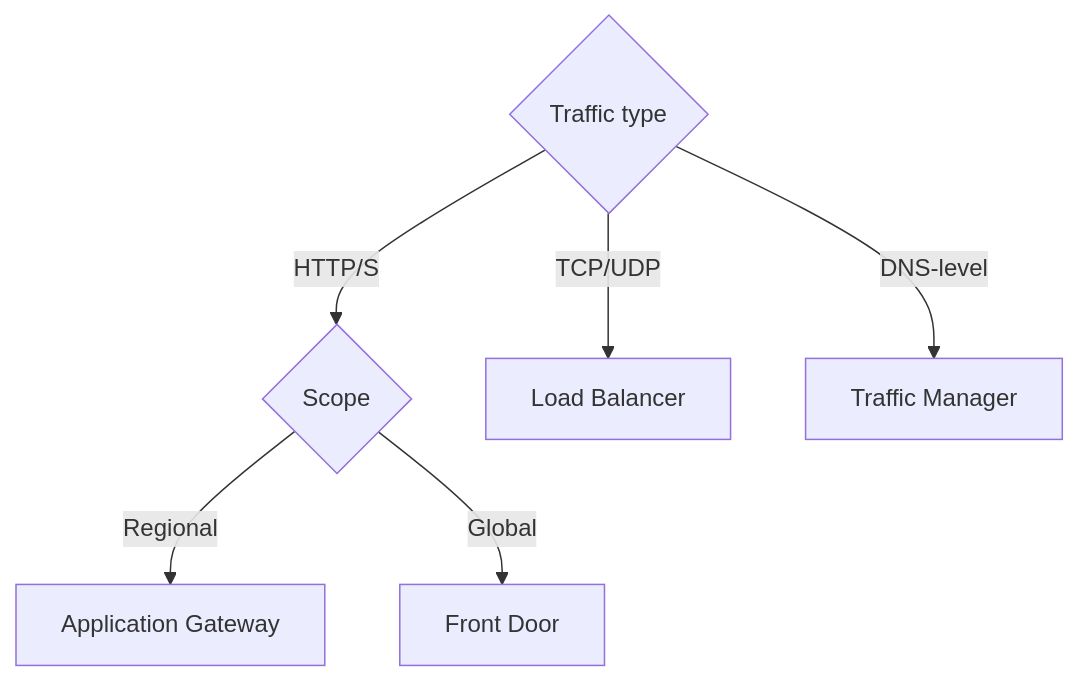
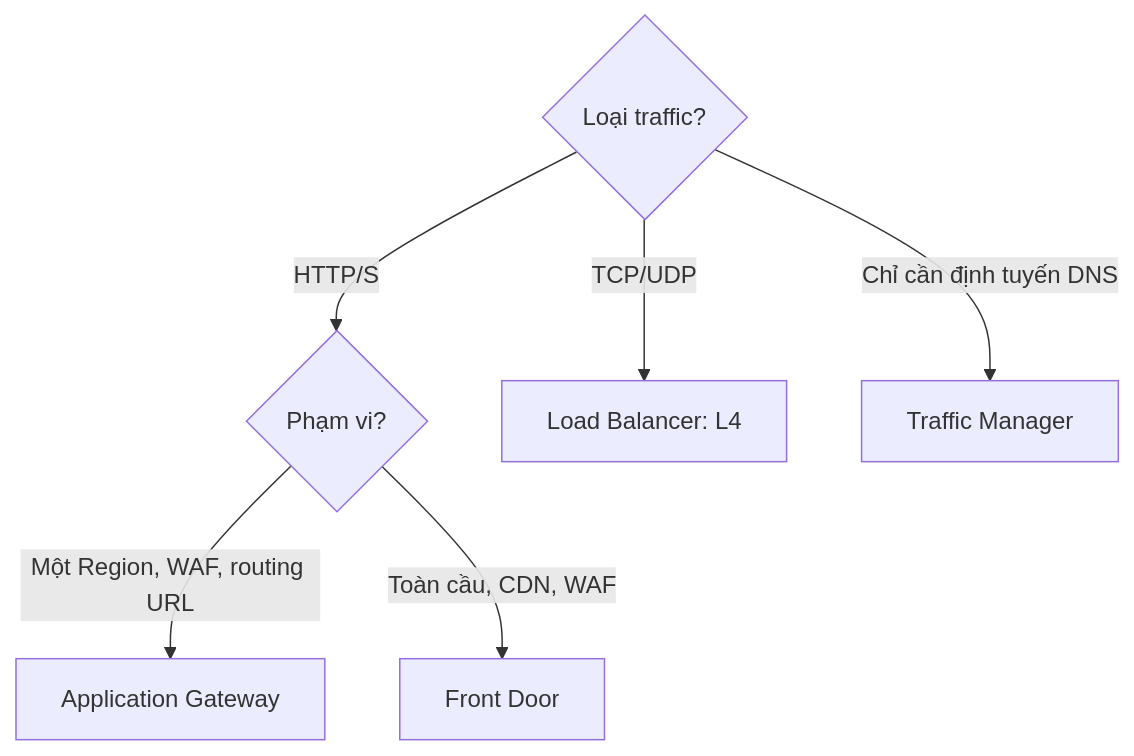
The diagram in src/assets/knowledge/playbooks/azure/azure-networking-load-balancing.md (passion-Infinity/personal-tech-playbook), drawn with Mermaid before and after one commit. The commit also changed other lines of this file and 6 other files, not shown here.

First line of the commit message:
Deep-dive rewrite: Azure core architecture, Entra ID/RBAC, VMs, Storage, Networking

````diff
--- a/src/assets/knowledge/playbooks/azure/azure-networking-load-balancing.md
+++ b/src/assets/knowledge/playbooks/azure/azure-networking-load-balancing.md
@@ -20,8 +34,8 @@
 ```mermaid
 flowchart TD
-    Q{Traffic type} -->|HTTP/S| H{Scope}
-    Q -->|TCP/UDP| LB[Load Balancer]
-    H -->|Regional| AG[Application Gateway]
-    H -->|Global| FD[Front Door]
-    Q -->|DNS-level| TM[Traffic Manager]
+    Q{Loại traffic?} -->|"HTTP/S"| S{Phạm vi?}
+    Q -->|"TCP/UDP"| LB["Load Balancer: L4"]
+    Q -->|"Chỉ cần định tuyến DNS"| TM["Traffic Manager"]
+    S -->|"Một Region, WAF, routing URL"| AG["Application Gateway"]
+    S -->|"Toàn cầu, CDN, WAF"| FD["Front Door"]
 ```
````
